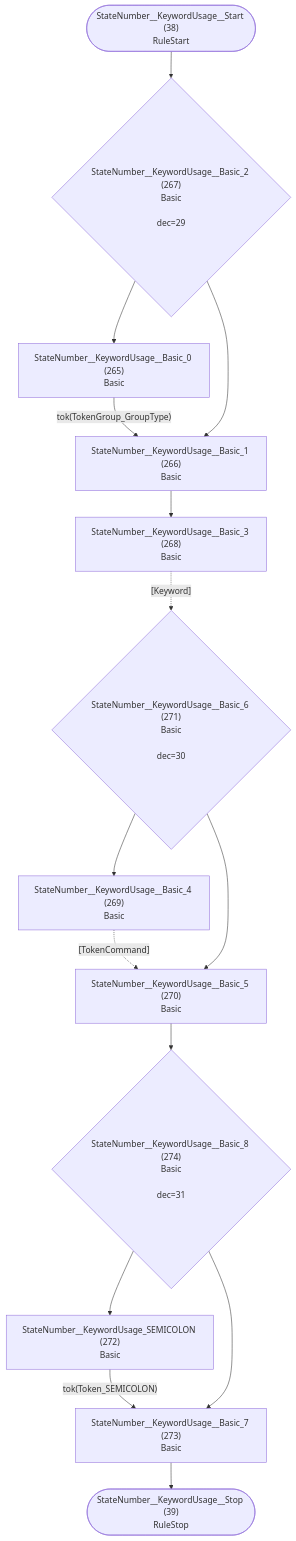
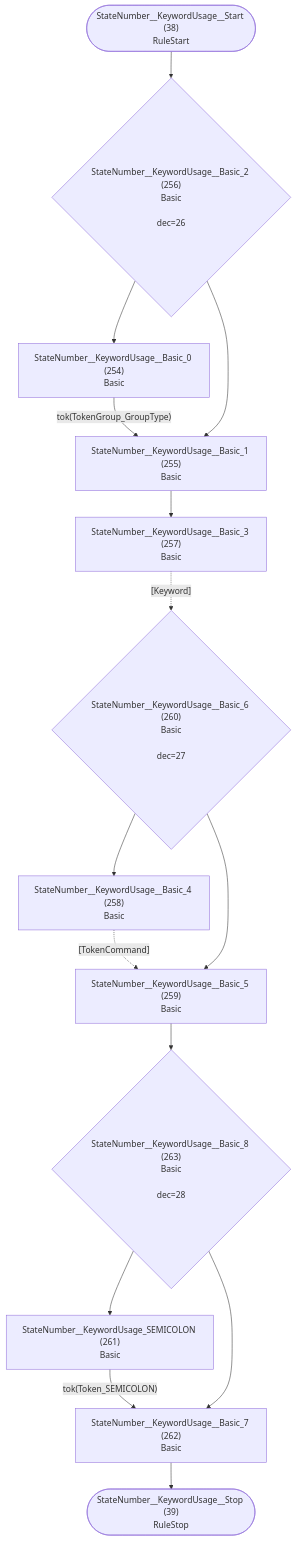
Diagram 20 of 36 in internal/grammar/atn.md (TypeFox/fastbelt), drawn with Mermaid before and after one commit. The commit also changed other lines of this file and 9 other files, not shown here.

````diff
--- a/internal/grammar/atn.md
+++ b/internal/grammar/atn.md
@@ -621,30 +596,30 @@
 ```mermaid
 flowchart TD
     q38(["StateNumber__KeywordUsage__Start (38)<br/>RuleStart"])
     q39(["StateNumber__KeywordUsage__Stop (39)<br/>RuleStop"])
-    q265["StateNumber__KeywordUsage__Basic_0 (265)<br/>Basic<br/>"]
-    q266["StateNumber__KeywordUsage__Basic_1 (266)<br/>Basic<br/>"]
-    q267{"StateNumber__KeywordUsage__Basic_2 (267)<br/>Basic<br/><br/>dec=29"}
-    q268["StateNumber__KeywordUsage__Basic_3 (268)<br/>Basic<br/>"]
-    q269["StateNumber__KeywordUsage__Basic_4 (269)<br/>Basic<br/>"]
-    q270["StateNumber__KeywordUsage__Basic_5 (270)<br/>Basic<br/>"]
-    q271{"StateNumber__KeywordUsage__Basic_6 (271)<br/>Basic<br/><br/>dec=30"}
-    q272["StateNumber__KeywordUsage_SEMICOLON (272)<br/>Basic<br/>"]
-    q273["StateNumber__KeywordUsage__Basic_7 (273)<br/>Basic<br/>"]
-    q274{"StateNumber__KeywordUsage__Basic_8 (274)<br/>Basic<br/><br/>dec=31"}
+    q254["StateNumber__KeywordUsage__Basic_0 (254)<br/>Basic<br/>"]
+    q255["StateNumber__KeywordUsage__Basic_1 (255)<br/>Basic<br/>"]
+    q256{"StateNumber__KeywordUsage__Basic_2 (256)<br/>Basic<br/><br/>dec=26"}
+    q257["StateNumber__KeywordUsage__Basic_3 (257)<br/>Basic<br/>"]
+    q258["StateNumber__KeywordUsage__Basic_4 (258)<br/>Basic<br/>"]
+    q259["StateNumber__KeywordUsage__Basic_5 (259)<br/>Basic<br/>"]
+    q260{"StateNumber__KeywordUsage__Basic_6 (260)<br/>Basic<br/><br/>dec=27"}
+    q261["StateNumber__KeywordUsage_SEMICOLON (261)<br/>Basic<br/>"]
+    q262["StateNumber__KeywordUsage__Basic_7 (262)<br/>Basic<br/>"]
+    q263{"StateNumber__KeywordUsage__Basic_8 (263)<br/>Basic<br/><br/>dec=28"}
 
-    q38 --> q267
-    q265 -->|"tok(TokenGroup_GroupType)"| q266
-    q266 --> q268
-    q267 --> q265
-    q267 --> q266
-    q268 -.->|"[Keyword]"| q271
-    q269 -.->|"[TokenCommand]"| q270
-    q270 --> q274
-    q271 --> q269
-    q271 --> q270
-    q272 -->|"tok(Token_SEMICOLON)"| q273
-    q273 --> q39
-    q274 --> q272
-    q274 --> q273
+    q38 --> q256
+    q254 -->|"tok(TokenGroup_GroupType)"| q255
+    q255 --> q257
+    q256 --> q254
+    q256 --> q255
+    q257 -.->|"[Keyword]"| q260
+    q258 -.->|"[TokenCommand]"| q259
+    q259 --> q263
+    q260 --> q258
+    q260 --> q259
+    q261 -->|"tok(Token_SEMICOLON)"| q262
+    q262 --> q39
+    q263 --> q261
+    q263 --> q262
 ```
````
